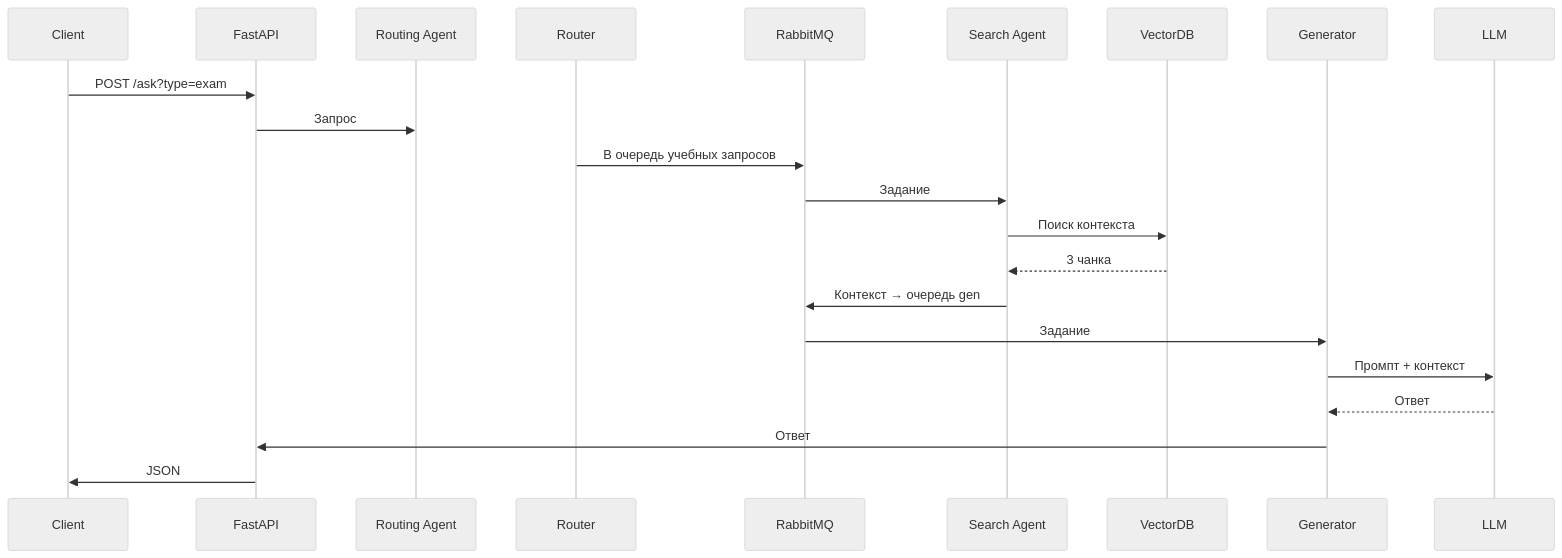
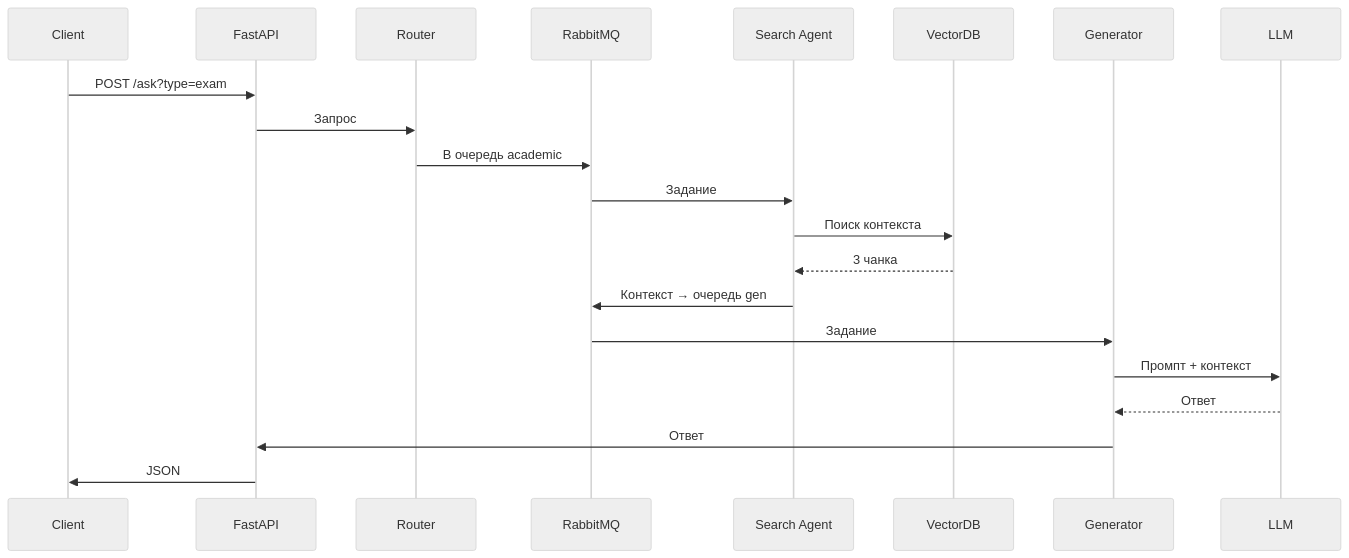
The second of 2 diagrams in README.md (BandrD/assistant-_for_un), drawn with Mermaid (neutral theme) before and after one commit.

````diff
--- a/README.md
+++ b/README.md
@@ -68,15 +68,15 @@
 ```mermaid
 sequenceDiagram
     Client->>FastAPI: POST /ask?type=exam
-    FastAPI->>Routing Agent: Запрос
-    Router->>RabbitMQ: В очередь учебных запросов
+    FastAPI->>Router: Запрос
+    Router->>RabbitMQ: В очередь academic
     RabbitMQ->>Search Agent: Задание
     Search Agent->>VectorDB: Поиск контекста
     VectorDB-->>Search Agent: 3 чанка
     Search Agent->>RabbitMQ: Контекст → очередь gen
     RabbitMQ->>Generator: Задание
     Generator->>LLM: Промпт + контекст
     LLM-->>Generator: Ответ
     Generator->>FastAPI: Ответ
     FastAPI->>Client: JSON
 ```
````
